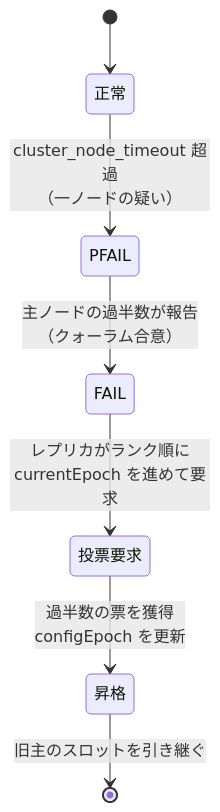
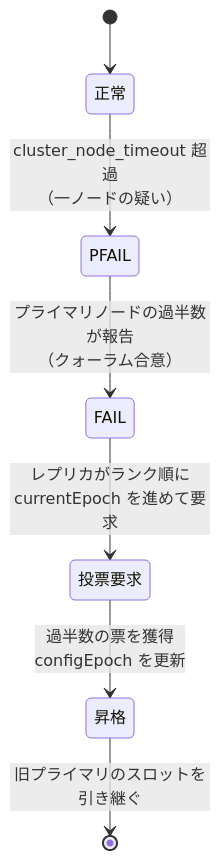
One commit to miyamadoKL/source-code-reading changed the third of 3 diagrams in valkey/part07-replication-cluster/39-cluster.md. Above: the diagram before and after it, drawn with Mermaid. The commit also changed other lines of this file and 3 other files, not shown here.

````diff
--- a/valkey/part07-replication-cluster/39-cluster.md
+++ b/valkey/part07-replication-cluster/39-cluster.md
@@ -536,9 +536,9 @@
 ```mermaid
 stateDiagram-v2
     [*] --> 正常
     正常 --> PFAIL: cluster_node_timeout 超過<br/>（一ノードの疑い）
-    PFAIL --> FAIL: 主ノードの過半数が報告<br/>（クォーラム合意）
+    PFAIL --> FAIL: プライマリノードの過半数が報告<br/>（クォーラム合意）
     FAIL --> 投票要求: レプリカがランク順に<br/>currentEpoch を進めて要求
     投票要求 --> 昇格: 過半数の票を獲得<br/>configEpoch を更新
-    昇格 --> [*]: 旧主のスロットを引き継ぐ
+    昇格 --> [*]: 旧プライマリのスロットを引き継ぐ
 ```
````
